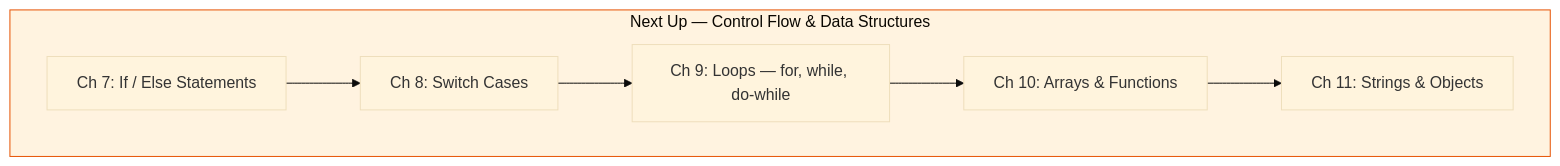
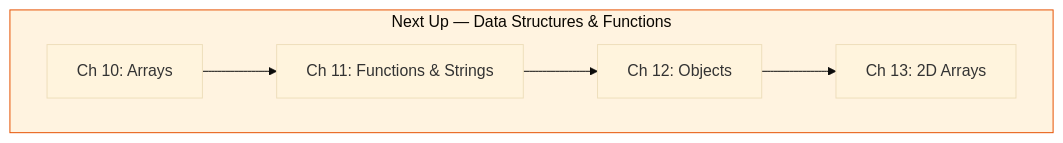
Diagram 21 of 23 in README.md (azherkhan0215-qa/LearnPlayWrightBatch2X), drawn with Mermaid (base theme) before and after one commit. The commit also changed other lines of this file and 29 other files, not shown here.

````diff
--- a/README.md
+++ b/README.md
@@ -1048,11 +1217,10 @@
 ```mermaid
 graph TD
-    subgraph next["Next Up — Control Flow & Data Structures"]
-        N1["Ch 7: If / Else Statements"] --> N2[Ch 8: Switch Cases]
-        N2 --> N3[Ch 9: Loops — for, while, do-while]
-        N3 --> N4[Ch 10: Arrays & Functions]
-        N4 --> N5[Ch 11: Strings & Objects]
+    subgraph next["Next Up — Data Structures & Functions"]
+        N1["Ch 10: Arrays"] --> N2[Ch 11: Functions & Strings]
+        N2 --> N3[Ch 12: Objects]
+        N3 --> N4[Ch 13: 2D Arrays]
     end
 
     style next fill:#fff3e0,stroke:#e65100
 ```
````
